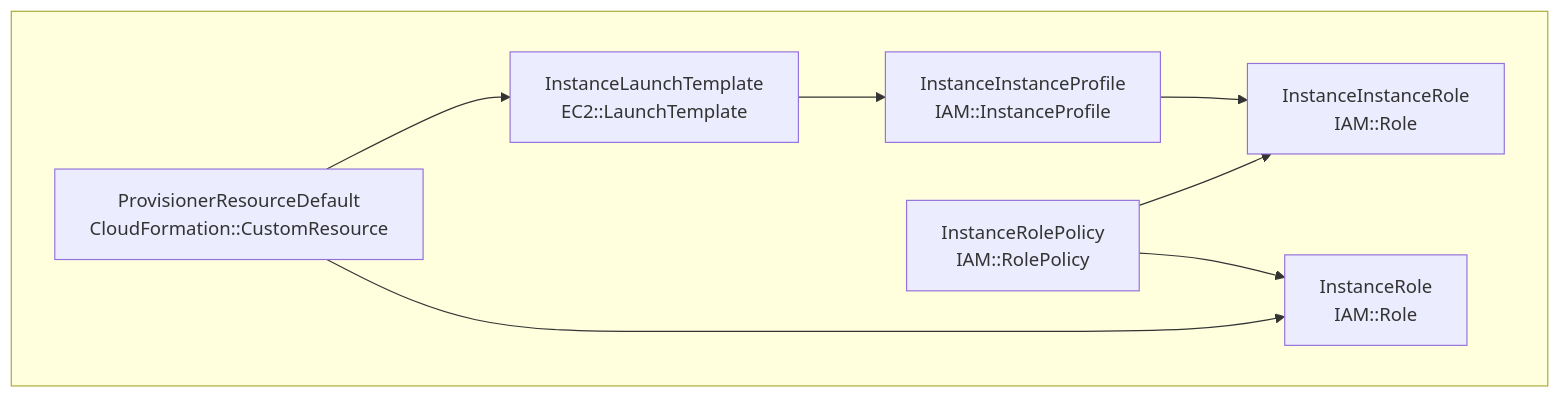
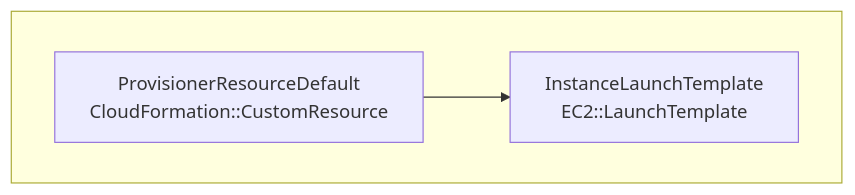
Before and after one commit to redoapp/fast-actions-runner-ec2: the diagram in doc/basic_provisioner.md, drawn with Mermaid. The commit also changed 10 other files, not shown here.

````diff
--- a/doc/basic_provisioner.md
+++ b/doc/basic_provisioner.md
@@ -1,13 +1,8 @@
 ```mermaid
 	flowchart TB;
 		subgraph &nbsp;
-		rootInstanceInstanceProfile[InstanceInstanceProfile<br/>IAM::InstanceProfile]-->rootInstanceInstanceRole[InstanceInstanceRole<br/>IAM::Role]
-		rootInstanceLaunchTemplate[InstanceLaunchTemplate<br/>EC2::LaunchTemplate]-->rootInstanceInstanceProfile[InstanceInstanceProfile<br/>IAM::InstanceProfile]
-		rootInstanceRolePolicy[InstanceRolePolicy<br/>IAM::RolePolicy]-->rootInstanceRole[InstanceRole<br/>IAM::Role]
-		rootInstanceRolePolicy[InstanceRolePolicy<br/>IAM::RolePolicy]-->rootInstanceInstanceRole[InstanceInstanceRole<br/>IAM::Role]
 		rootProvisionerResourceDefault[ProvisionerResourceDefault<br/>CloudFormation::CustomResource]-->rootInstanceLaunchTemplate[InstanceLaunchTemplate<br/>EC2::LaunchTemplate]
-		rootProvisionerResourceDefault[ProvisionerResourceDefault<br/>CloudFormation::CustomResource]-->rootInstanceRole[InstanceRole<br/>IAM::Role]
 
   	end
 
 ```
````
